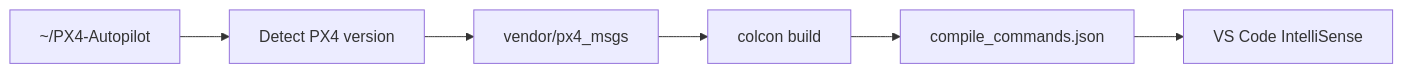
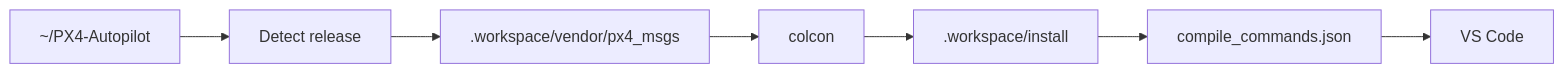
The second of 2 diagrams in README.md (brutalstein/ros2), drawn with Mermaid before and after one commit. The commit also changed other lines of this file, not shown here.

Commit message:
document one-command workspace automation

````diff
--- a/README.md
+++ b/README.md
@@ -88,8 +121,9 @@
 ```mermaid
 flowchart LR
-    PX4[~/PX4-Autopilot] --> DETECT[Detect PX4 version]
-    DETECT --> MSGS[vendor/px4_msgs]
-    MSGS --> BUILD[colcon build]
-    BUILD --> CC[compile_commands.json]
-    CC --> VSCODE[VS Code IntelliSense]
+    PX4[~/PX4-Autopilot] --> VERSION[Detect release]
+    VERSION --> MSGS[.workspace/vendor/px4_msgs]
+    MSGS --> COLCON[colcon]
+    COLCON --> INSTALL[.workspace/install]
+    INSTALL --> CC[compile_commands.json]
+    CC --> VSCODE[VS Code]
 ```
````
